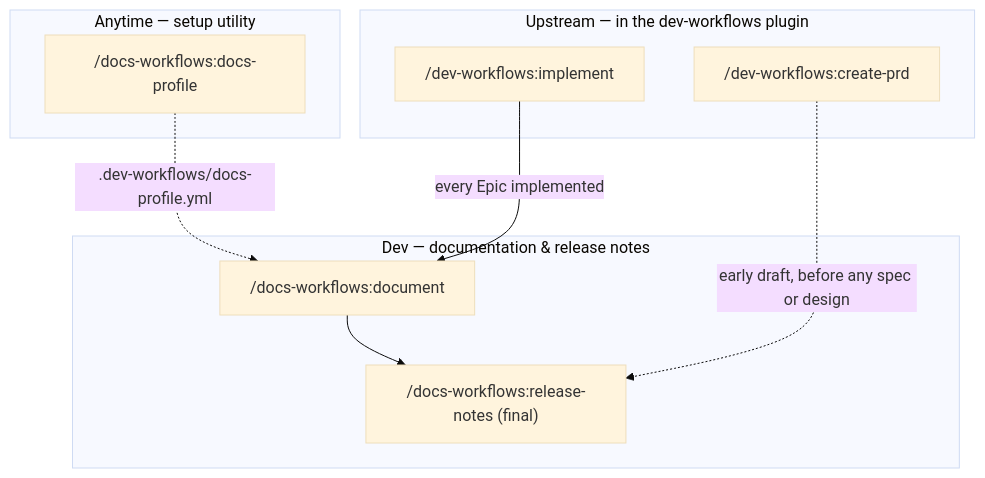
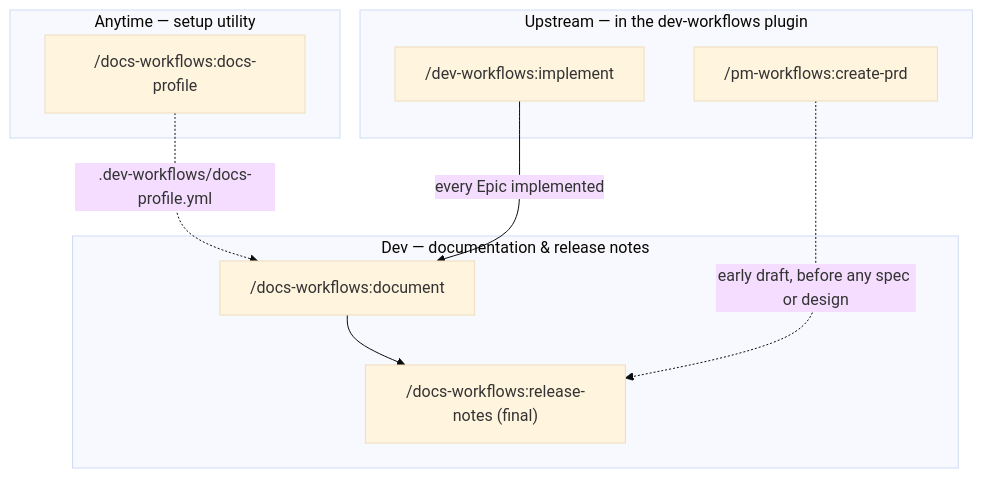
Before and after one commit to ihudak/ihudak-claude-plugins: the diagram in plugins/docs-workflows/docs/workflow.md, drawn with Mermaid (base theme). The commit also changed other lines of this file and 29 other files, not shown here.

First line of the commit message:
fix(split): repoint the twelve moved commands' own dev-workflows: citations

````diff
--- a/plugins/docs-workflows/docs/workflow.md
+++ b/plugins/docs-workflows/docs/workflow.md
@@ -5,19 +5,19 @@
 ```mermaid
 flowchart TD
     subgraph UP["Upstream — in the dev-workflows plugin"]
         implement["/dev-workflows:implement"]
-        createprd["/dev-workflows:create-prd"]
+        createprd["/pm-workflows:create-prd"]
     end
     subgraph DOCS["Dev — documentation & release notes"]
         document["/docs-workflows:document"]
         rndev["/docs-workflows:release-notes (final)"]
         document --> rndev
     end
     subgraph SETUP["Anytime — setup utility"]
         profile["/docs-workflows:docs-profile"]
     end
 
     implement -->|every Epic implemented| document
     createprd -.->|early draft, before any spec or design| rndev
     profile -.->|.dev-workflows/docs-profile.yml| document
 ```
````
